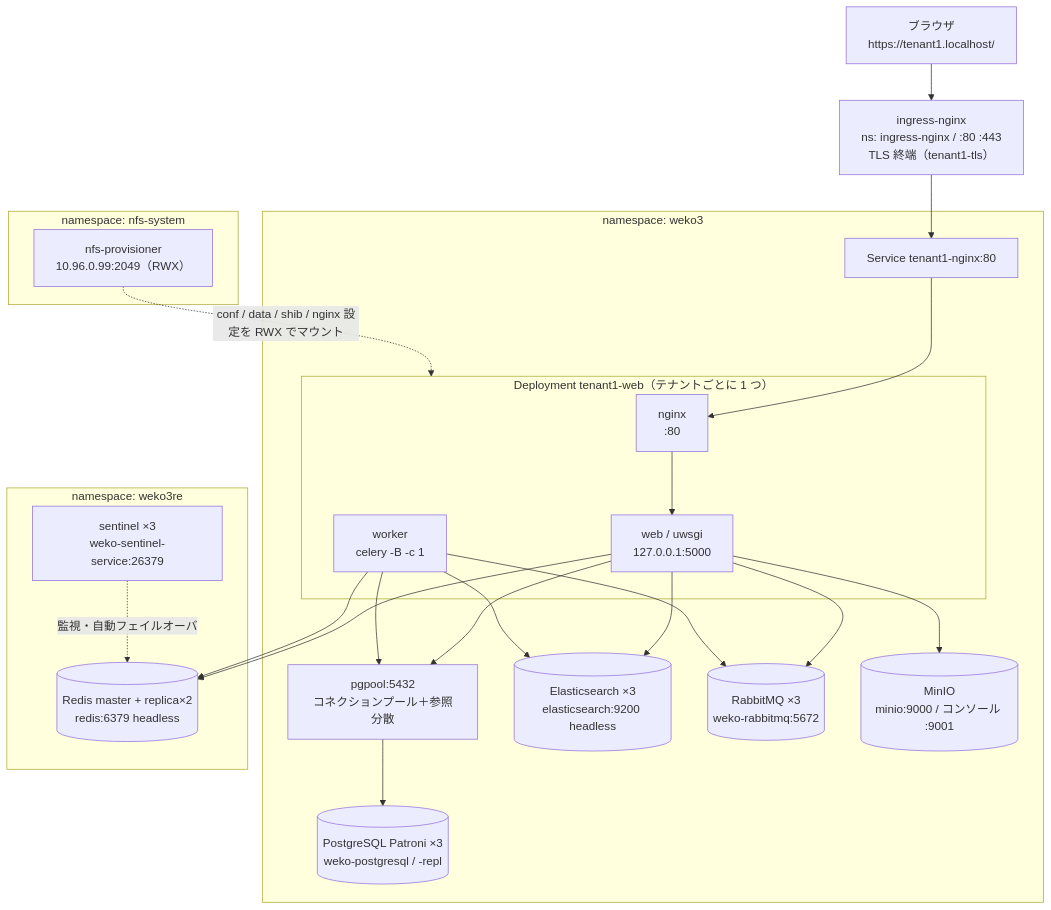
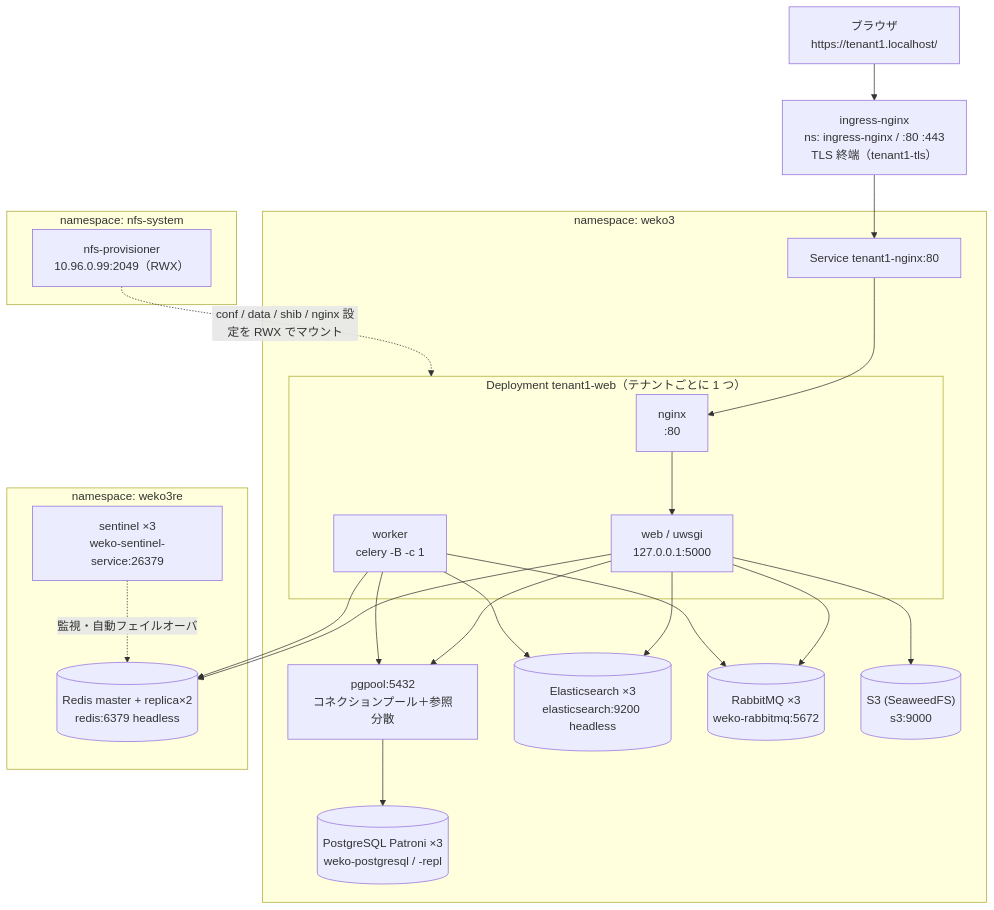
The first of 4 diagrams in weko-k8s-sample/k8s-weko/README-arm64.md (RCOSDP/weko-workshop), drawn with Mermaid before and after one commit. The commit also changed other lines of this file and 44 other files, not shown here.

````diff
--- a/weko-k8s-sample/k8s-weko/README-arm64.md
+++ b/weko-k8s-sample/k8s-weko/README-arm64.md
@@ -333,42 +362,42 @@
 ```mermaid
 flowchart TB
   browser["ブラウザ<br/>https://tenant1.localhost/"]
   ing["ingress-nginx<br/>ns: ingress-nginx / :80 :443<br/>TLS 終端（tenant1-tls）"]
 
   subgraph weko3["namespace: weko3"]
     svc["Service tenant1-nginx:80"]
     subgraph pod["Deployment tenant1-web（テナントごとに 1 つ）"]
       nginx["nginx<br/>:80"]
       web["web / uwsgi<br/>127.0.0.1:5000"]
       worker["worker<br/>celery -B -c 1"]
     end
     pgpool["pgpool:5432<br/>コネクションプール＋参照分散"]
     pg[("PostgreSQL Patroni ×3<br/>weko-postgresql / -repl")]
     es[("Elasticsearch ×3<br/>elasticsearch:9200 headless")]
     mq[("RabbitMQ ×3<br/>weko-rabbitmq:5672")]
-    minio[("MinIO<br/>minio:9000 / コンソール :9001")]
+    s3[("S3 (SeaweedFS)<br/>s3:9000")]
   end
 
   subgraph weko3re["namespace: weko3re"]
     redis[("Redis master + replica×2<br/>redis:6379 headless")]
     sent["sentinel ×3<br/>weko-sentinel-service:26379"]
   end
 
   subgraph nfssys["namespace: nfs-system"]
     nfs["nfs-provisioner<br/>10.96.0.99:2049（RWX）"]
   end
 
   browser --> ing --> svc --> nginx --> web
   web --> pgpool
   worker --> pgpool
   pgpool --> pg
   web --> es
   worker --> es
   web --> mq
   worker --> mq
   web --> redis
   worker --> redis
-  web --> minio
+  web --> s3
   sent -.->|"監視・自動フェイルオーバ"| redis
   nfs -.->|"conf / data / shib / nginx 設定を RWX でマウント"| pod
 ```
````
